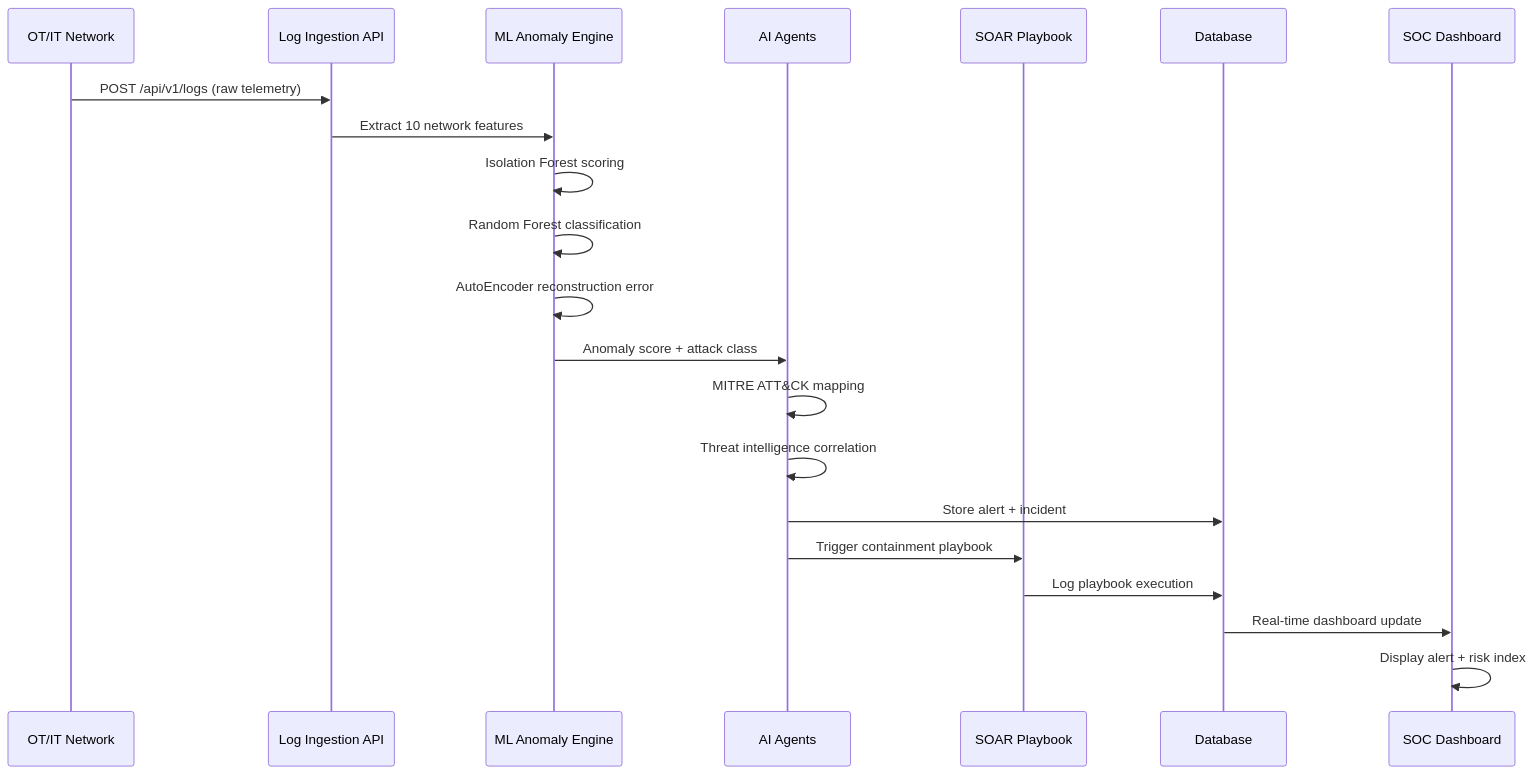
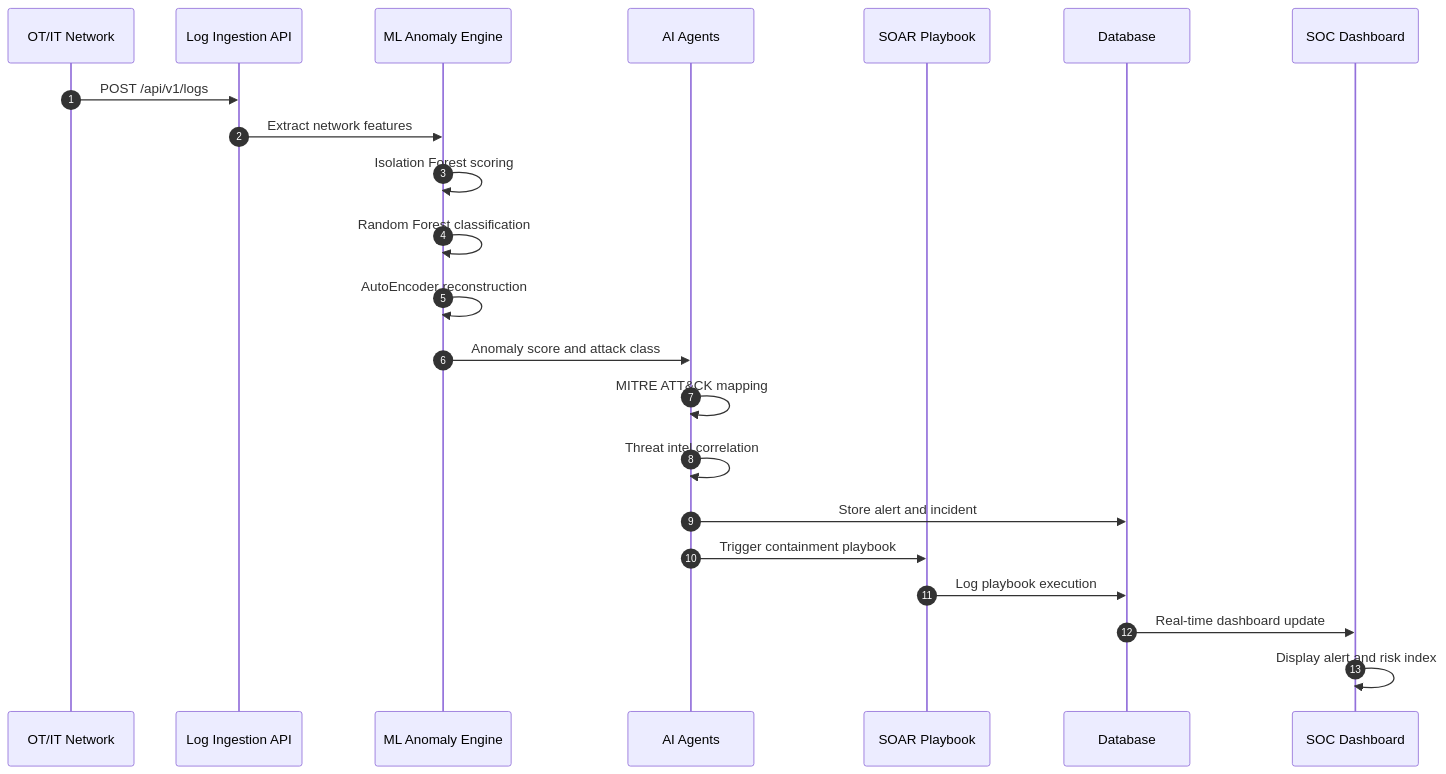
One commit to Thirumal143200/ET-PS-7 changed the second of 4 diagrams in README.md. Above: the diagram before and after it, drawn with Mermaid. The commit also changed other lines of this file, not shown here.

Commit message:
fix(readme): format Mermaid diagrams to strict GitHub Markdown syntax standards

````diff
--- a/README.md
+++ b/README.md
@@ -117,24 +107,25 @@
 ```mermaid
 sequenceDiagram
+    autonumber
     participant OT as OT/IT Network
     participant LOG as Log Ingestion API
     participant ML as ML Anomaly Engine
     participant AGT as AI Agents
     participant SOAR as SOAR Playbook
     participant DB as Database
     participant UI as SOC Dashboard
 
-    OT->>LOG: POST /api/v1/logs (raw telemetry)
-    LOG->>ML: Extract 10 network features
+    OT->>LOG: POST /api/v1/logs
+    LOG->>ML: Extract network features
     ML->>ML: Isolation Forest scoring
     ML->>ML: Random Forest classification
-    ML->>ML: AutoEncoder reconstruction error
-    ML->>AGT: Anomaly score + attack class
+    ML->>ML: AutoEncoder reconstruction
+    ML->>AGT: Anomaly score and attack class
     AGT->>AGT: MITRE ATT&CK mapping
-    AGT->>AGT: Threat intelligence correlation
-    AGT->>DB: Store alert + incident
+    AGT->>AGT: Threat intel correlation
+    AGT->>DB: Store alert and incident
     AGT->>SOAR: Trigger containment playbook
     SOAR->>DB: Log playbook execution
     DB->>UI: Real-time dashboard update
-    UI->>UI: Display alert + risk index
+    UI->>UI: Display alert and risk index
 ```
````
